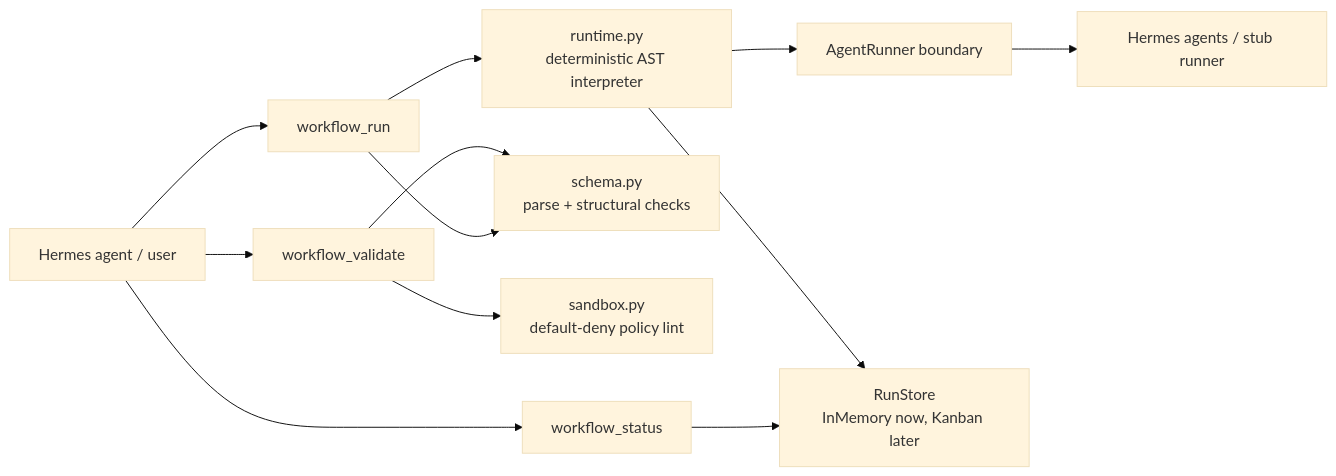
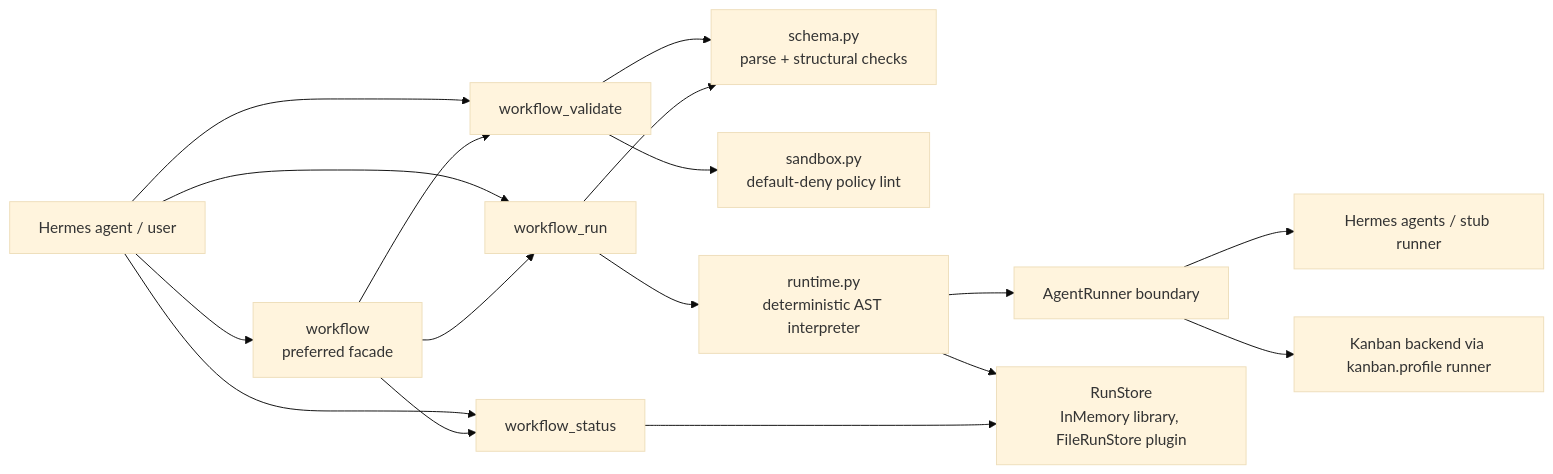
Before and after one commit to donovan-yohan/hermes-plugin-dynamic-workflows: the first of 3 diagrams in README.md, drawn with Mermaid (base theme). The commit also changed other lines of this file and 17 other files, not shown here.

Commit message:
Add workflow facade and durable Kanban steps

````diff
--- a/README.md
+++ b/README.md
@@ -140,17 +169,22 @@
 ```mermaid
 flowchart LR
-  LLM[Hermes agent / user] --> V[workflow_validate]
+  LLM[Hermes agent / user] --> W[workflow\npreferred facade]
+  LLM --> V[workflow_validate]
   LLM --> R[workflow_run]
   LLM --> S[workflow_status]
 
+  W --> V
+  W --> R
+  W --> S
   V --> SC[schema.py\nparse + structural checks]
   V --> SB[sandbox.py\ndefault-deny policy lint]
 
   R --> SC
   R --> RT[runtime.py\ndeterministic AST interpreter]
   RT --> AR[AgentRunner boundary]
   AR --> HA[Hermes agents / stub runner]
-  RT --> STORE[RunStore\nInMemory now, Kanban later]
+  AR --> KB[Kanban backend via kanban.profile runner]
+  RT --> STORE[RunStore\nInMemory library, FileRunStore plugin]
 
   S --> STORE
 ```
````
